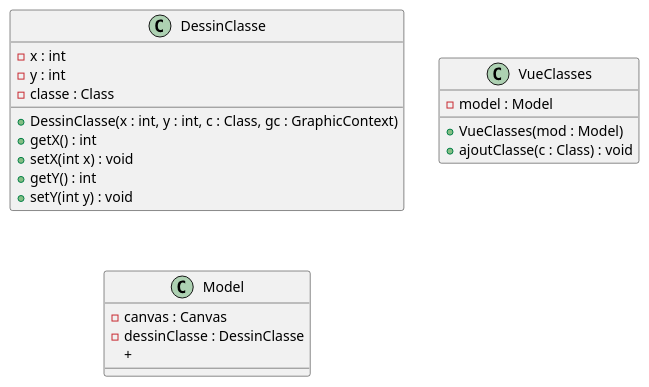
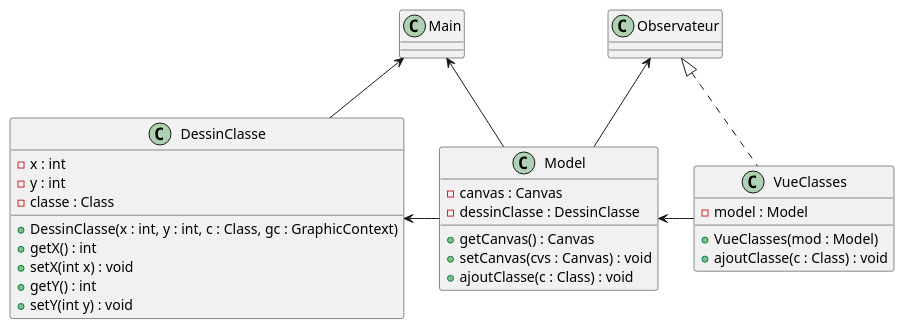
One commit to Math54500/SAE-3.01-ObjectAid changed the diagram in Documents/Itération 4/diagramme de DessinClasse.puml. Above: the diagram before and after it, drawn with PlantUML.

Commit message:
Update diagramme de DessinClasse.puml

```diff
--- a/Documents/Itération 4/diagramme de DessinClasse.puml
+++ b/Documents/Itération 4/diagramme de DessinClasse.puml
@@ -1,26 +1,35 @@
 @startuml
 'https://plantuml.com/sequence-diagram
 
 class DessinClasse{
 - x : int
 - y : int
 - classe : Class
 + DessinClasse(x : int, y : int, c : Class, gc : GraphicContext)
 + getX() : int
 + setX(int x) : void
 + getY() : int
 + setY(int y) : void
 }
 
 class VueClasses{
 - model : Model
 + VueClasses(mod : Model)
 + ajoutClasse(c : Class) : void
 }
 
 class Model{
 - canvas : Canvas
 - dessinClasse : DessinClasse
-+
++ getCanvas() : Canvas
++ setCanvas(cvs : Canvas) : void
++ ajoutClasse(c : Class) : void
 }
+
+Observateur <-- Model
+Observateur <|.. VueClasses
+DessinClasse <- Model
+Model <- VueClasses
+Main <-- Model
+Main <-- DessinClasse
 @enduml
```
